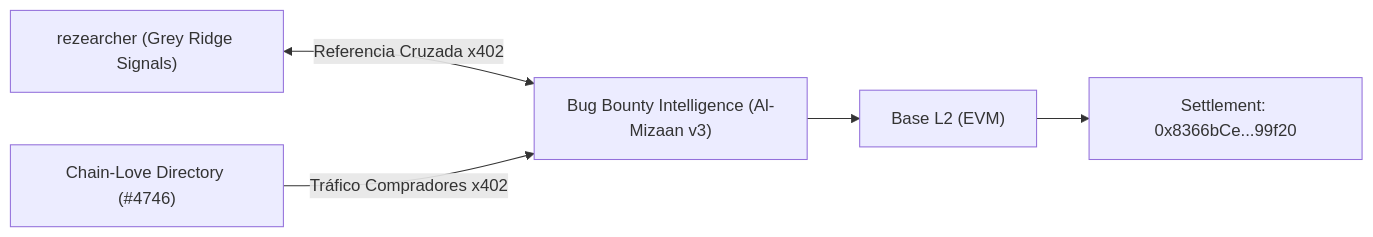
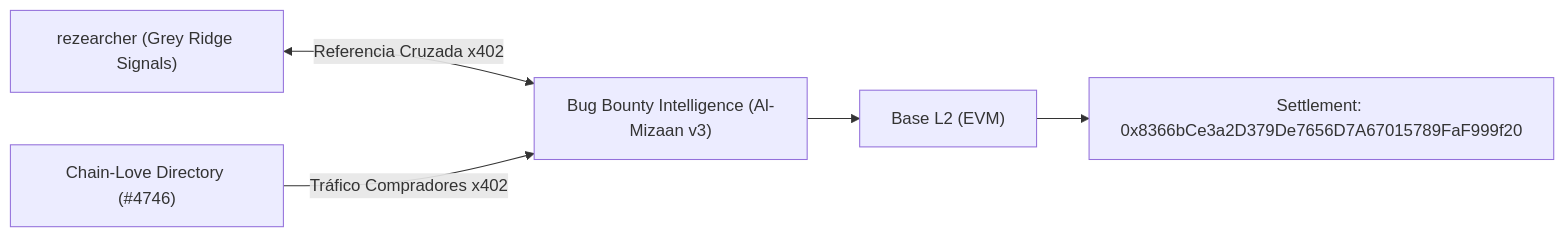
Before and after one commit to dextermos-dev/genesis-bounty-hunter: the second of 2 diagrams in outputs/deliverables/INFORME_EJECUTIVO_SPRINT_OCTUBRE_2026.md, drawn with Mermaid. The commit also changed 10 other files, not shown here.

````diff
--- a/outputs/deliverables/INFORME_EJECUTIVO_SPRINT_OCTUBRE_2026.md
+++ b/outputs/deliverables/INFORME_EJECUTIVO_SPRINT_OCTUBRE_2026.md
@@ -83,7 +83,7 @@
 ```mermaid
 flowchart LR
     A["rezearcher (Grey Ridge Signals)"] <-->|"Referencia Cruzada x402"| B["Bug Bounty Intelligence (Al-Mizaan v3)"]
     B --> C["Base L2 (EVM)"]
-    C --> D["Settlement: 0x8366bCe...99f20"]
+    C --> D["Settlement: 0x8366bCe3a2D379De7656D7A67015789FaF999f20"]
     E["Chain-Love Directory (#4746)"] -->|"Tráfico Compradores x402"| B
 ```
````
